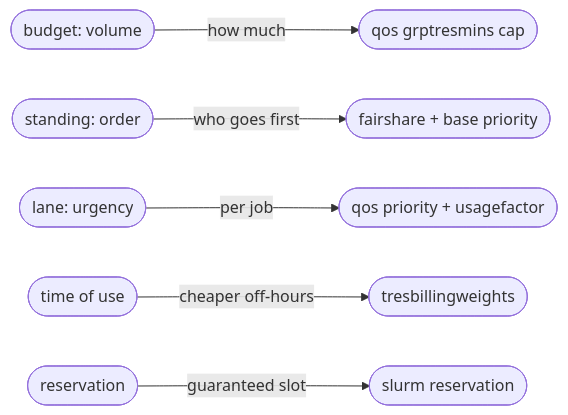
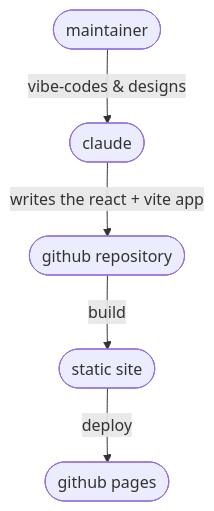
Before and after one commit to stephenwhitmarsh/faircenter: the third of 3 diagrams in README.md, drawn with Mermaid. The commit also changed other lines of this file and 25 other files, not shown here.

````diff
--- a/README.md
+++ b/README.md
@@ -225,9 +38,8 @@
 ```mermaid
-graph LR
+graph TD
 
-  budget([budget: volume]) -->|how much| cap([qos grptresmins cap])
-  standing([standing: order]) -->|who goes first| fairshare([fairshare + base priority])
-  lane([lane: urgency]) -->|per job| qos([qos priority + usagefactor])
-  timeofuse([time of use]) -->|cheaper off-hours| billing([tresbillingweights])
-  reservation([reservation]) -->|guaranteed slot| resv([slurm reservation])
+  me([maintainer]) -->|vibe-codes & designs| claude([claude])
+  claude -->|writes the react + vite app| repo([github repository])
+  repo -->|build| dist([static site])
+  dist -->|deploy| pages([github pages])
 ```
````
